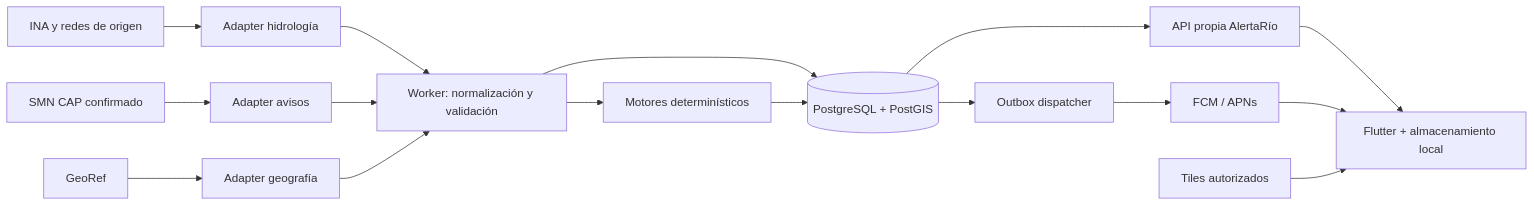
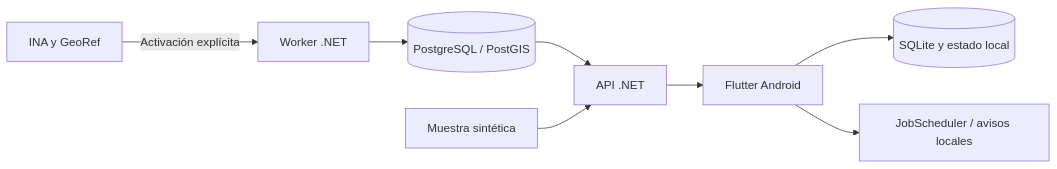
Before and after one commit to RodrigoBombieri/alertario-argentina: the diagram in ARCHITECTURE.md, drawn with Mermaid. The commit also changed other lines of this file and 55 other files, not shown here.

````diff
--- a/ARCHITECTURE.md
+++ b/ARCHITECTURE.md
@@ -34,18 +5,10 @@
 ```mermaid
 flowchart LR
-    INA[INA y redes de origen] --> IA[Adapter hidrología]
-    SMN[SMN CAP confirmado] --> SA[Adapter avisos]
-    GEO[GeoRef] --> GA[Adapter geografía]
-    IA --> W[Worker: normalización y validación]
-    SA --> W
-    GA --> W
-    W --> DB[(PostgreSQL + PostGIS)]
-    W --> E[Motores determinísticos]
-    E --> DB
-    DB --> API[API propia AlertaRío]
-    API --> APP[Flutter + almacenamiento local]
-    DB --> O[Outbox dispatcher]
-    O --> FCM[FCM / APNs]
-    FCM --> APP
-    T[Tiles autorizados] --> APP
+    INA[INA y GeoRef] -->|Activación explícita| W[Worker .NET]
+    W --> DB[(PostgreSQL / PostGIS)]
+    DB --> API[API .NET]
+    DEMO[Muestra sintética] --> API
+    API --> APP[Flutter Android]
+    APP --> LOCAL[(SQLite y estado local)]
+    APP --> JOB[JobScheduler / avisos locales]
 ```
````
